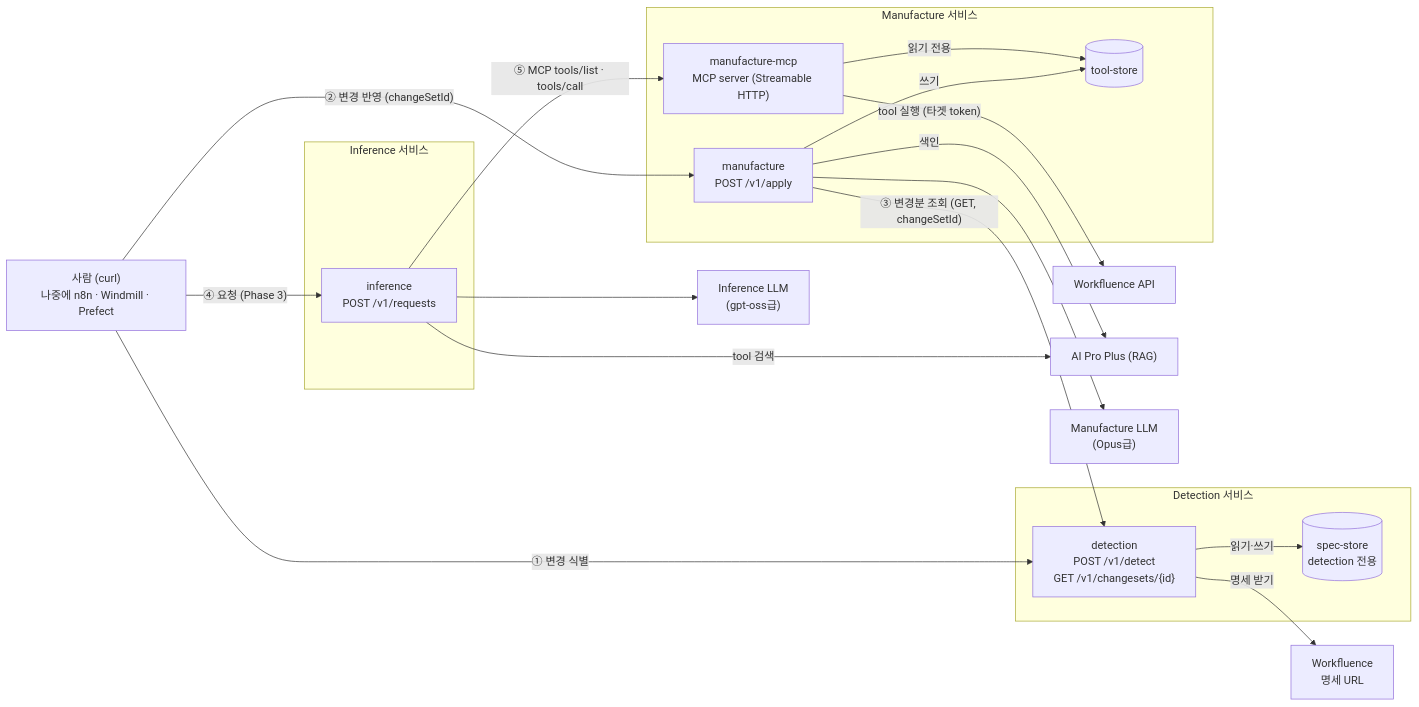
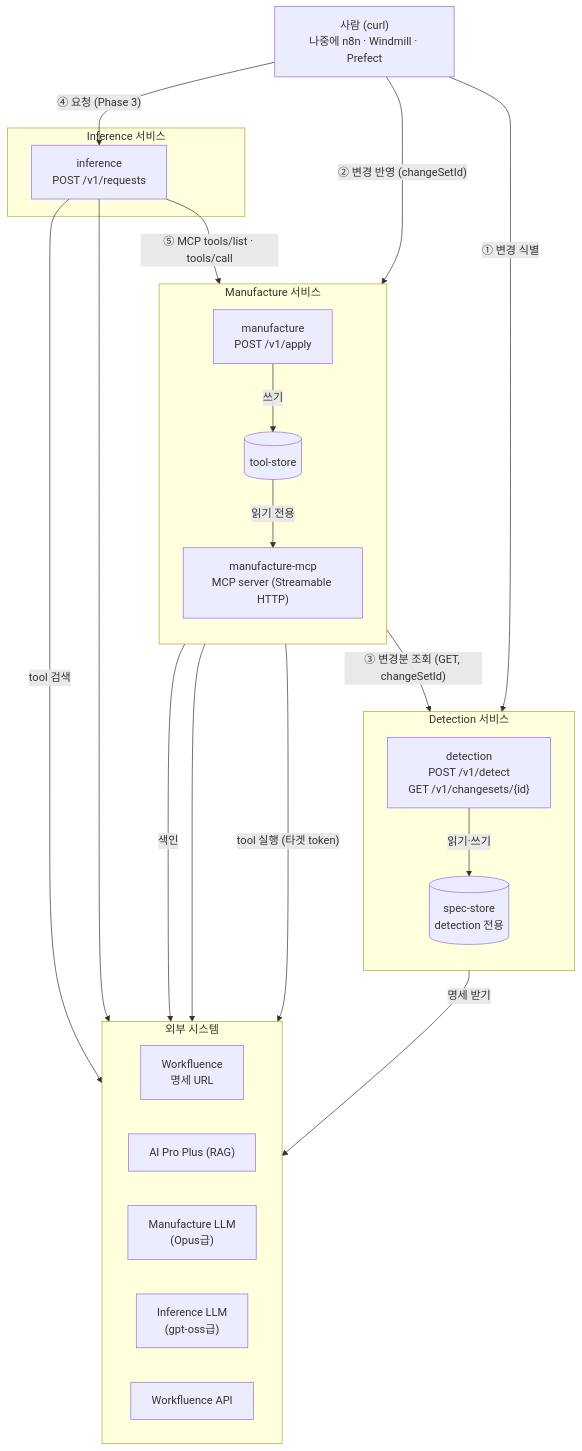
One commit to tanminkwan/agent4workfluence changed the first of 3 diagrams in docs/시스템아키텍처.md. Above: the diagram before and after it, drawn with Mermaid.

Commit message:
docs: 구성도를 위에서 아래 흐름으로 재배치

````diff
--- a/docs/시스템아키텍처.md
+++ b/docs/시스템아키텍처.md
@@ -25,41 +25,47 @@
 ```mermaid
-flowchart LR
+flowchart TB
     caller["사람 (curl)<br/>나중에 n8n · Windmill · Prefect"]
 
     subgraph DET["Detection 서비스"]
+        direction TB
         detection["detection<br/>POST /v1/detect<br/>GET /v1/changesets/{id}"]
         specstore[("spec-store<br/>detection 전용")]
+        detection -- "읽기·쓰기" --> specstore
     end
 
     subgraph MAN["Manufacture 서비스"]
+        direction TB
         manufacture["manufacture<br/>POST /v1/apply"]
+        toolstore[("tool-store")]
         mcp["manufacture-mcp<br/>MCP server (Streamable HTTP)"]
-        toolstore[("tool-store")]
+        manufacture -- "쓰기" --> toolstore
+        toolstore -- "읽기 전용" --> mcp
     end
 
     subgraph INF["Inference 서비스"]
         inference["inference<br/>POST /v1/requests"]
     end
 
-    wfspec["Workfluence<br/>명세 URL"]
-    wfapi["Workfluence API"]
-    rag["AI Pro Plus (RAG)"]
-    opus["Manufacture LLM<br/>(Opus급)"]
-    oss["Inference LLM<br/>(gpt-oss급)"]
+    subgraph EXT["외부 시스템"]
+        direction LR
+        wfspec["Workfluence<br/>명세 URL"]
+        rag["AI Pro Plus (RAG)"]
+        opus["Manufacture LLM<br/>(Opus급)"]
+        oss["Inference LLM<br/>(gpt-oss급)"]
+        wfapi["Workfluence API"]
+    end
 
     caller -- "① 변경 식별" --> detection
     caller -- "② 변경 반영 (changeSetId)" --> manufacture
     caller -- "④ 요청 (Phase 3)" --> inference
 
+    manufacture -- "③ 변경분 조회 (GET, changeSetId)" --> detection
+    inference -- "⑤ MCP tools/list · tools/call" --> mcp
+
     detection -- "명세 받기" --> wfspec
-    detection -- "읽기·쓰기" --> specstore
-    manufacture -- "③ 변경분 조회 (GET, changeSetId)" --> detection
-    manufacture -- "쓰기" --> toolstore
     manufacture -- "색인" --> rag
     manufacture --> opus
-    mcp -- "읽기 전용" --> toolstore
-    mcp -- "tool 실행 (타겟 token)" --> wfapi
     inference -- "tool 검색" --> rag
     inference --> oss
-    inference -- "⑤ MCP tools/list · tools/call" --> mcp
+    mcp -- "tool 실행 (타겟 token)" --> wfapi
 ```
````
